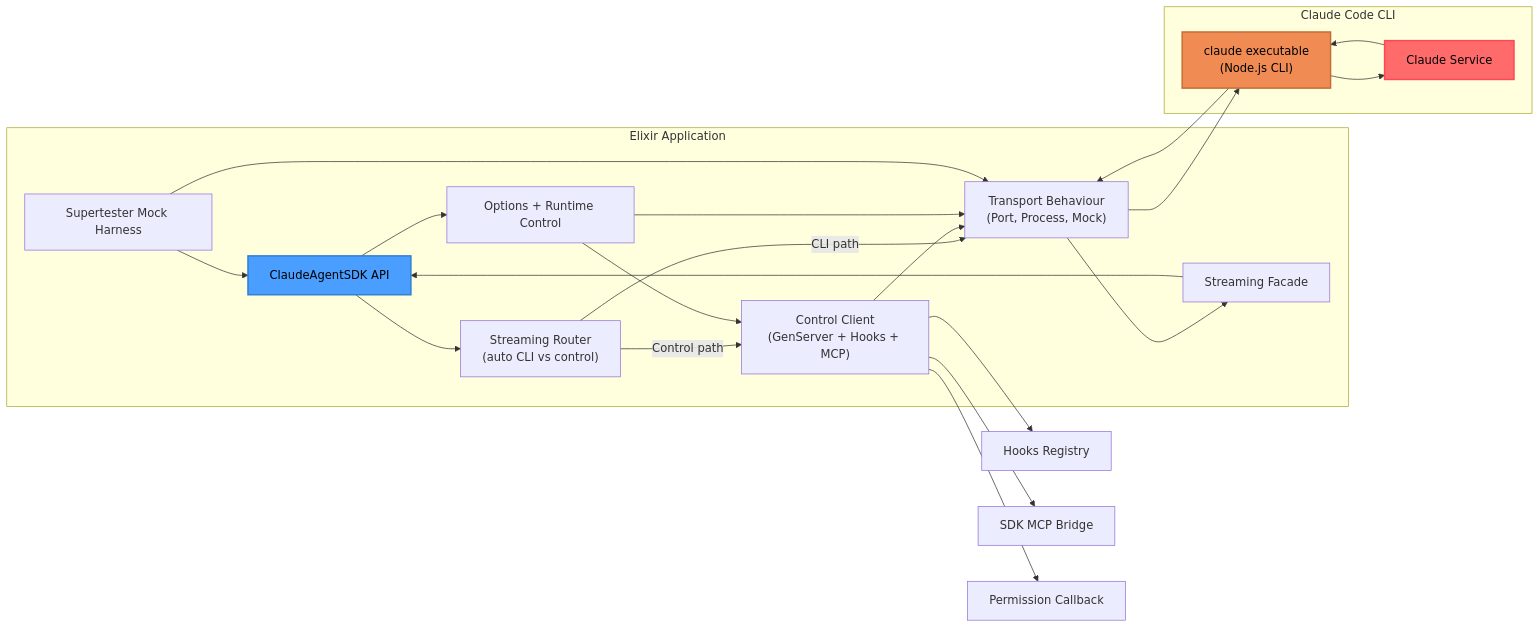
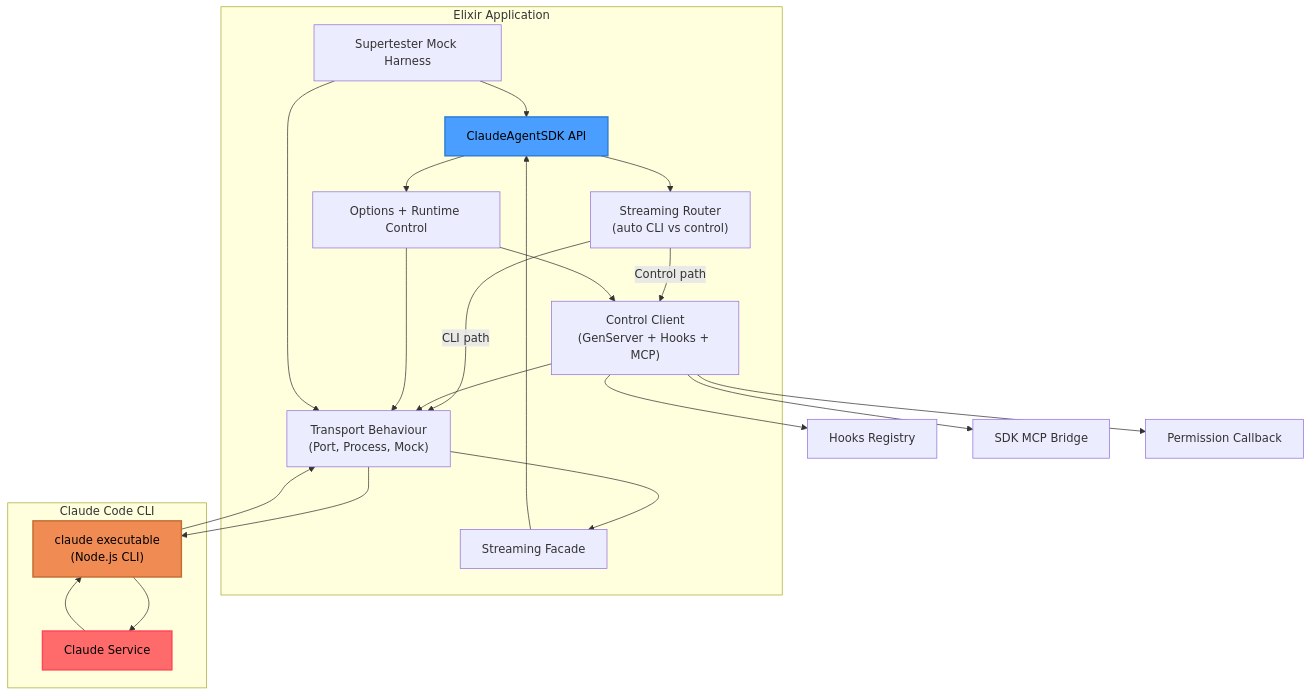
One commit to nshkrdotcom/claude_agent_sdk changed the diagram in README.md. Above: the diagram before and after it, drawn with Mermaid.

````diff
--- a/README.md
+++ b/README.md
@@ -18,40 +18,40 @@
 ```mermaid
-flowchart LR
+flowchart TB
     subgraph "Elixir Application"
         SDK["ClaudeAgentSDK API"]
         Router["Streaming Router<br>(auto CLI vs control)"]
         Transport["Transport Behaviour<br>(Port, Process, Mock)"]
         ClientCtrl["Control Client<br>(GenServer + Hooks + MCP)"]
         Streaming["Streaming Facade"]
         Options["Options + Runtime Control"]
         Tests["Supertester Mock Harness"]
     end
 
     subgraph "Claude Code CLI"
         CLI["claude executable<br>(Node.js CLI)"]
         CLI --> API["Claude Service"]
         API --> CLI
     end
 
     SDK --> Options
     SDK --> Router
     Router -->|CLI path| Transport
     Router -->|Control path| ClientCtrl
     ClientCtrl --> Transport
     Transport --> CLI
     CLI --> Transport
     Transport --> Streaming
     Streaming --> SDK
 
     ClientCtrl --> Hooks[Hooks Registry]
     ClientCtrl --> MCP[SDK MCP Bridge]
     ClientCtrl --> Permissions[Permission Callback]
     Options --> Transport
     Options --> ClientCtrl
     Tests --> Transport
     Tests --> SDK
 
     style SDK fill:#4a9eff,stroke:#2d7dd2,stroke-width:2px,color:#000
     style CLI fill:#f08b54,stroke:#c36c34,stroke-width:2px,color:#000
     style API fill:#ff6b6b,stroke:#ff4757,stroke-width:2px,color:#000
 ```
````
